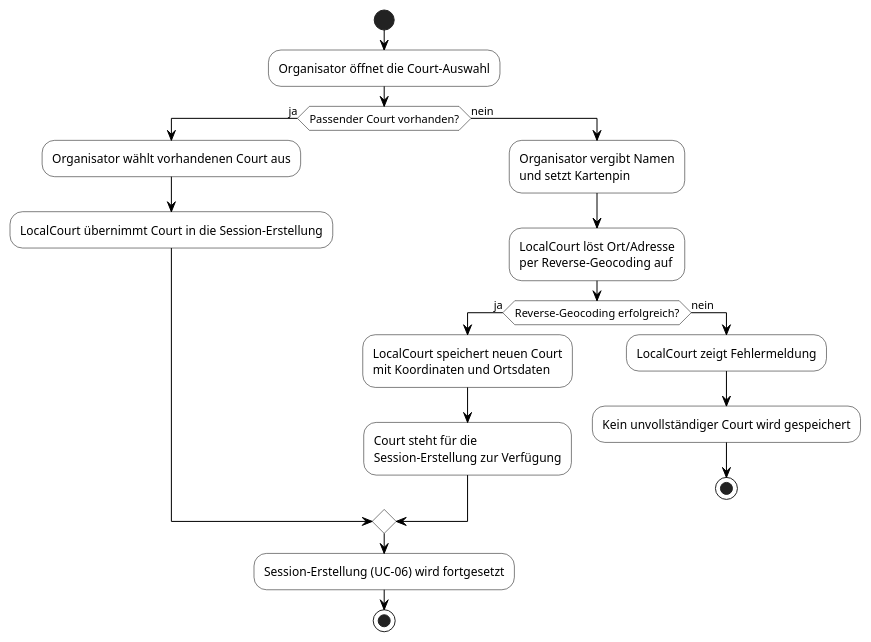
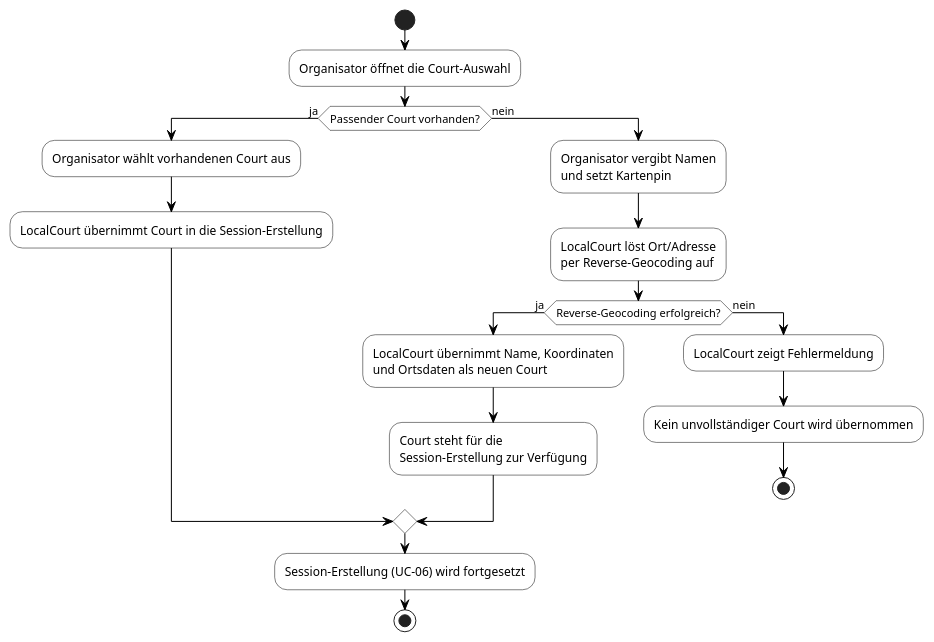
One commit to Finn5k/Wirtschaftsinformatik-Projekt-I changed the diagram in docs/spec/diagrams/F2-uc10-court-erfassen.puml. Above: the diagram before and after it, drawn with PlantUML. The commit also changed 7 other files, not shown here.

```diff
--- a/docs/spec/diagrams/F2-uc10-court-erfassen.puml
+++ b/docs/spec/diagrams/F2-uc10-court-erfassen.puml
@@ -1,28 +1,28 @@
 @startuml F2-uc10-court-erfassen
 skinparam backgroundColor White
 skinparam activity {
   BackgroundColor White
   BorderColor Black
 }
 skinparam ArrowColor Black
 
 start
 :Organisator öffnet die Court-Auswahl;
 if (Passender Court vorhanden?) then (ja)
   :Organisator wählt vorhandenen Court aus;
   :LocalCourt übernimmt Court in die Session-Erstellung;
 else (nein)
   :Organisator vergibt Namen\nund setzt Kartenpin;
   :LocalCourt löst Ort/Adresse\nper Reverse-Geocoding auf;
   if (Reverse-Geocoding erfolgreich?) then (ja)
-    :LocalCourt speichert neuen Court\nmit Koordinaten und Ortsdaten;
+    :LocalCourt übernimmt Name, Koordinaten\nund Ortsdaten als neuen Court;
     :Court steht für die\nSession-Erstellung zur Verfügung;
   else (nein)
     :LocalCourt zeigt Fehlermeldung;
-    :Kein unvollständiger Court wird gespeichert;
+    :Kein unvollständiger Court wird übernommen;
     stop
   endif
 endif
 :Session-Erstellung (UC-06) wird fortgesetzt;
 stop
 @enduml
```
